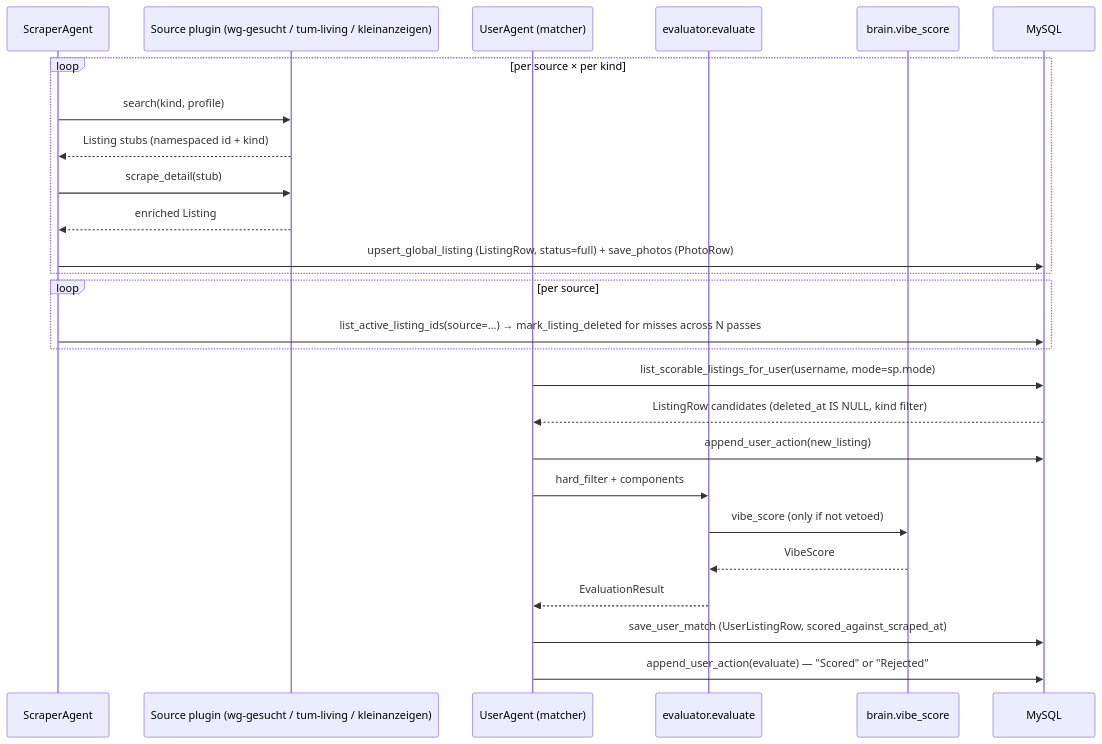
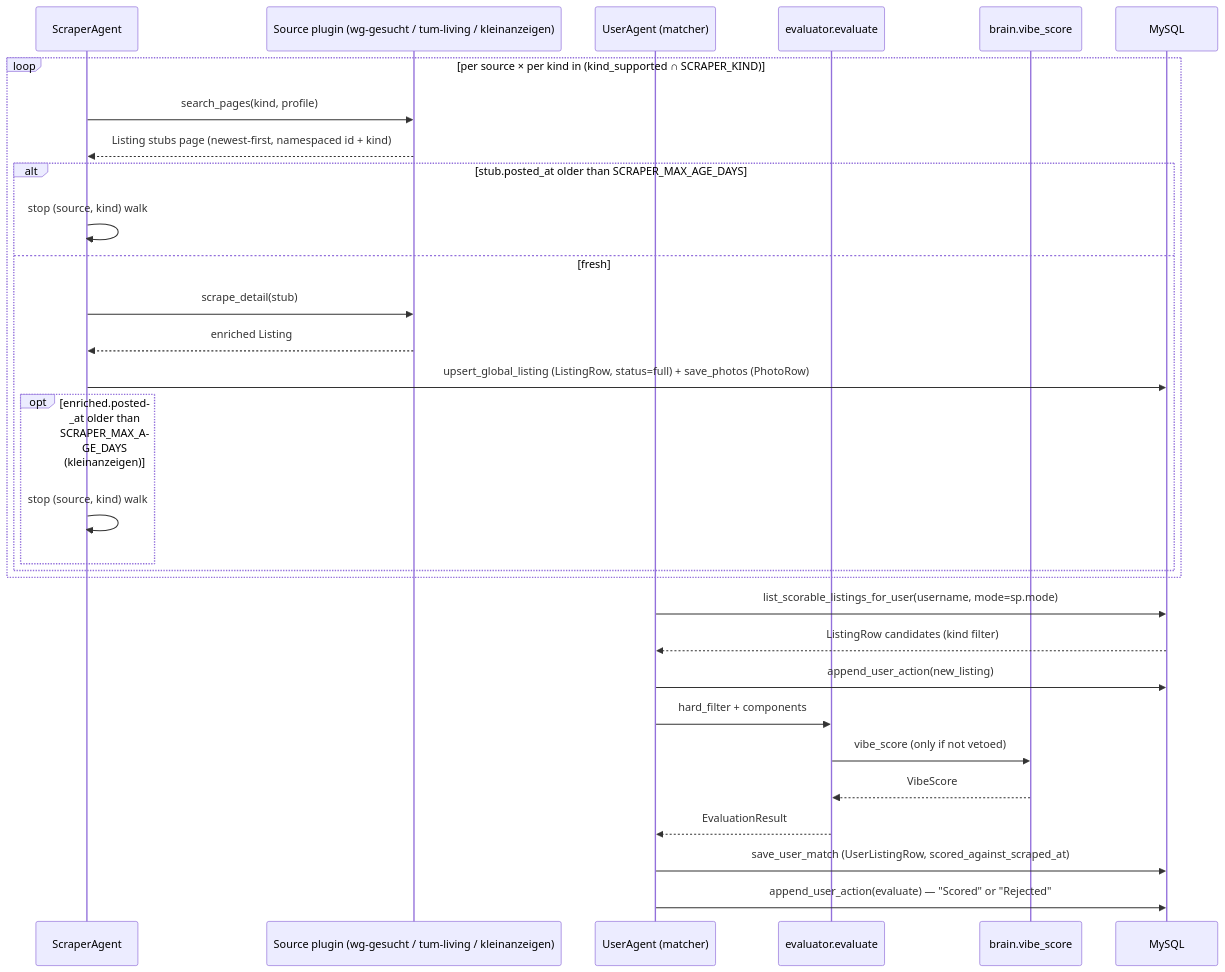
One commit to v-ya-ch-e/tumai-makeathon-2026 changed the third of 3 diagrams in docs/DATA_MODEL.md. Above: the diagram before and after it, drawn with Mermaid. The commit also changed other lines of this file and 16 other files, not shown here.

First line of the commit message:
feat(scraper): implement freshness-driven pagination and listing kind filter

````diff
--- a/docs/DATA_MODEL.md
+++ b/docs/DATA_MODEL.md
@@ -397,30 +395,34 @@
 ```mermaid
 sequenceDiagram
   participant SA as ScraperAgent
   participant SRC as Source plugin (wg-gesucht / tum-living / kleinanzeigen)
   participant Matcher as UserAgent (matcher)
   participant Evaluator as evaluator.evaluate
   participant Brain as brain.vibe_score
   participant DB as MySQL
 
-  loop per source × per kind
-    SA->>SRC: search(kind, profile)
-    SRC-->>SA: Listing stubs (namespaced id + kind)
-    SA->>SRC: scrape_detail(stub)
-    SRC-->>SA: enriched Listing
-    SA->>DB: upsert_global_listing (ListingRow, status=full) + save_photos (PhotoRow)
-  end
-  loop per source
-    SA->>DB: list_active_listing_ids(source=...) → mark_listing_deleted for misses across N passes
+  loop per source × per kind in (kind_supported ∩ SCRAPER_KIND)
+    SA->>SRC: search_pages(kind, profile)
+    SRC-->>SA: Listing stubs page (newest-first, namespaced id + kind)
+    alt stub.posted_at older than SCRAPER_MAX_AGE_DAYS
+      SA->>SA: stop (source, kind) walk
+    else fresh
+      SA->>SRC: scrape_detail(stub)
+      SRC-->>SA: enriched Listing
+      SA->>DB: upsert_global_listing (ListingRow, status=full) + save_photos (PhotoRow)
+      opt enriched.posted_at older than SCRAPER_MAX_AGE_DAYS (kleinanzeigen)
+        SA->>SA: stop (source, kind) walk
+      end
+    end
   end
 
   Matcher->>DB: list_scorable_listings_for_user(username, mode=sp.mode)
-  DB-->>Matcher: ListingRow candidates (deleted_at IS NULL, kind filter)
+  DB-->>Matcher: ListingRow candidates (kind filter)
   Matcher->>DB: append_user_action(new_listing)
   Matcher->>Evaluator: hard_filter + components
   Evaluator->>Brain: vibe_score (only if not vetoed)
   Brain-->>Evaluator: VibeScore
   Evaluator-->>Matcher: EvaluationResult
   Matcher->>DB: save_user_match (UserListingRow, scored_against_scraped_at)
   Matcher->>DB: append_user_action(evaluate) — "Scored" or "Rejected"
 ```
````
